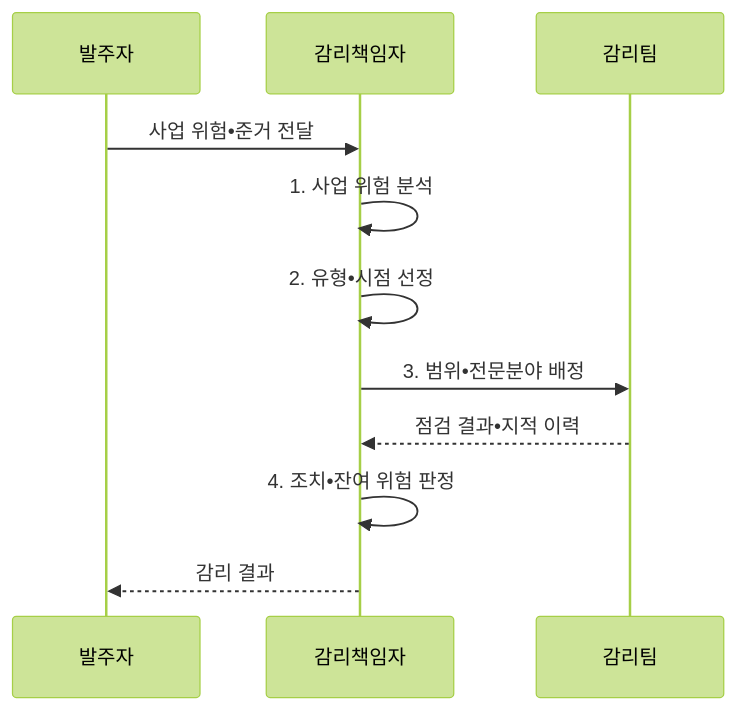
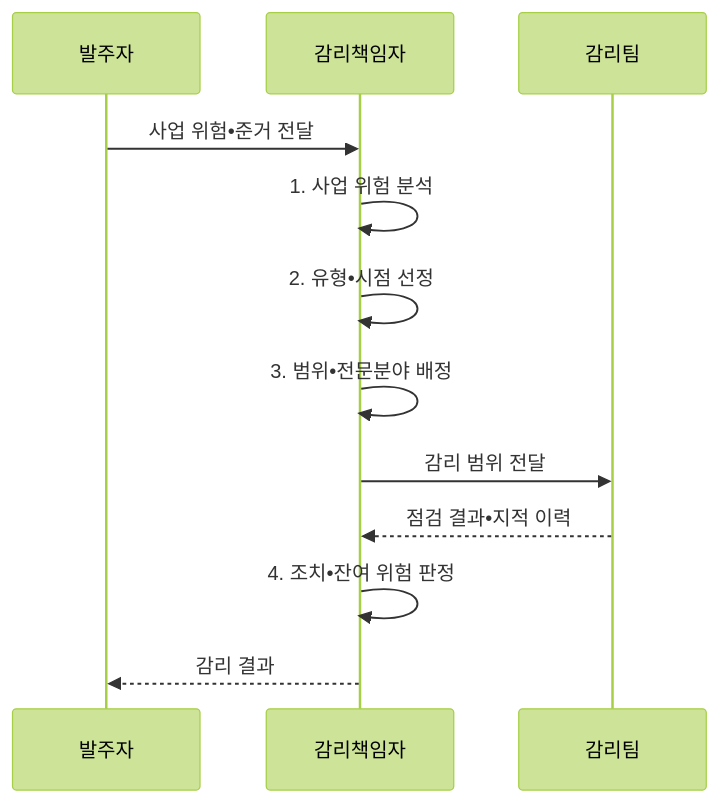
The second of 2 diagrams in src/content/docs/notes/06-evaluation/043_audit_types.md (agnusdei1207/knowledge-base), drawn with Mermaid (forest theme) before and after one commit. The commit also changed other lines of this file and 11 other files, not shown here.

````diff
--- a/src/content/docs/notes/06-evaluation/043_audit_types.md
+++ b/src/content/docs/notes/06-evaluation/043_audit_types.md
@@ -104,13 +104,14 @@
 ```mermaid
 sequenceDiagram
     participant C as 발주자
     participant A as 감리책임자
     participant T as 감리팀
     C->>A: 사업 위험•준거 전달
     A->>A: 1. 사업 위험 분석
     A->>A: 2. 유형•시점 선정
-    A->>T: 3. 범위•전문분야 배정
+    A->>A: 3. 범위•전문분야 배정
+    A->>T: 감리 범위 전달
     T-->>A: 점검 결과•지적 이력
     A->>A: 4. 조치•잔여 위험 판정
     A-->>C: 감리 결과
 ```
````
